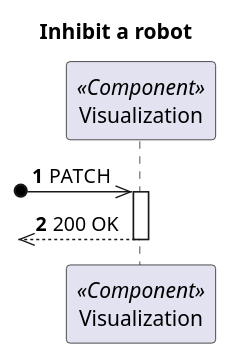
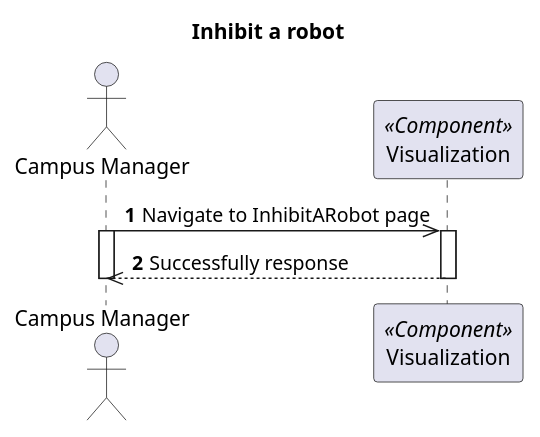
Before and after one commit to 1210910/lapr5: the diagram in docs/VistaProcesso/US370(1020)/Visualization/ProcessView_Level2_US1200.puml, drawn with PlantUML. The commit also changed 48 other files, not shown here.

```diff
--- a/docs/VistaProcesso/US370(1020)/Visualization/ProcessView_Level2_US1200.puml
+++ b/docs/VistaProcesso/US370(1020)/Visualization/ProcessView_Level2_US1200.puml
@@ -1,18 +1,19 @@
 @startuml Process View - Level 2 - Inhibit a robot
 'https://plantuml.com/sequence-diagram
 
 autonumber
 
 skinparam packageStyle rect
 
 title Inhibit a robot
 
+actor "Campus Manager" as CM
 participant "Visualization" as V <<Component>>
 
-?o->> V : PATCH
-
+CM->> V : Navigate to InhibitARobot page
+activate CM
 activate V
-?o<<--- V : 200 OK
+CM<<--- V : Successfully response
 deactivate V
-
+deactivate CM
 @enduml
```
